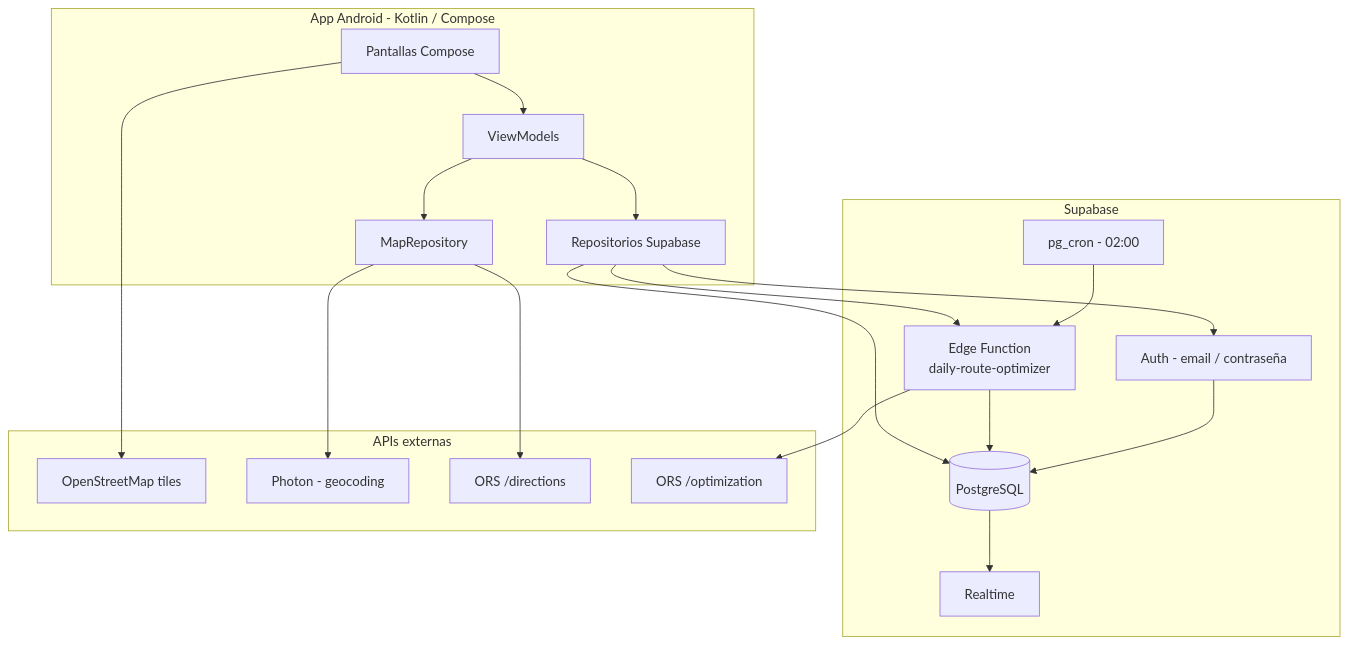
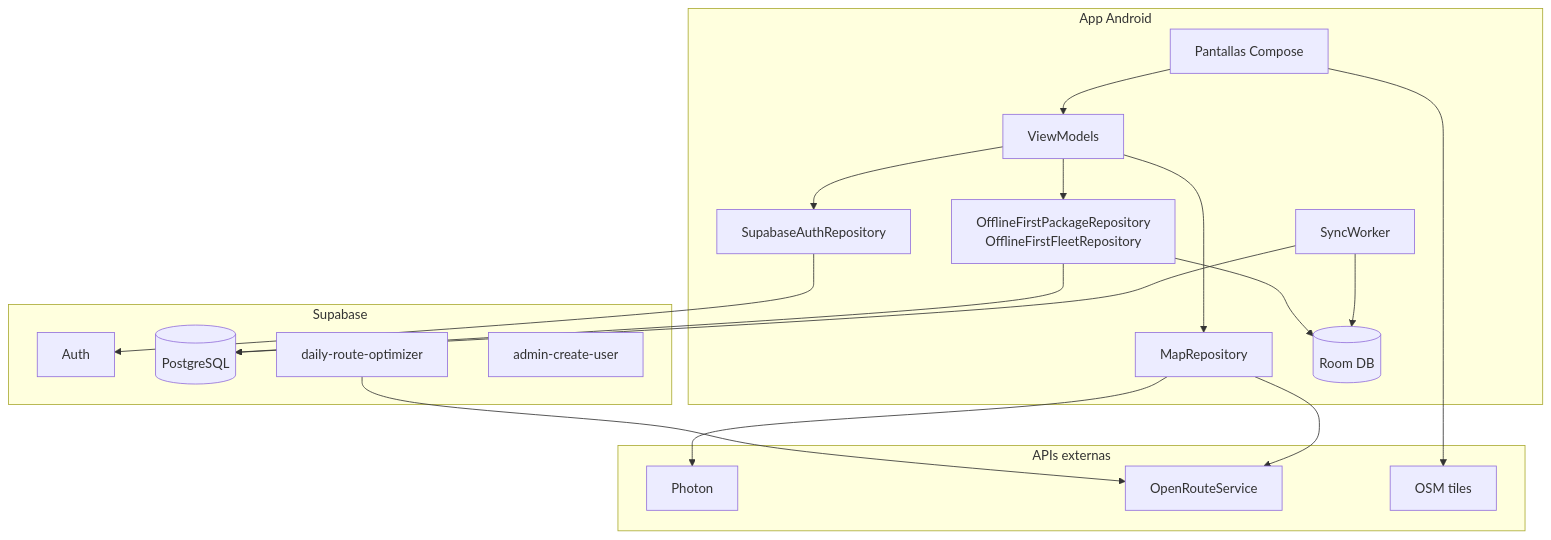
The diagram in README.md (Giancalabria/TrackIt-Front), drawn with Mermaid before and after one commit. The commit also changed other lines of this file and 41 other files, not shown here.

````diff
--- a/README.md
+++ b/README.md
@@ -31,39 +49,39 @@
 ```mermaid
 flowchart TB
-    subgraph android [App Android - Kotlin / Compose]
+    subgraph android [App Android]
         UI[Pantallas Compose]
         VM[ViewModels]
-        Repos[Repositorios Supabase]
-        MapRepo[MapRepository]
+        OR[OfflineFirstPackageRepository<br/>OfflineFirstFleetRepository]
+        AR[SupabaseAuthRepository]
+        MR[MapRepository]
+        Room[(Room DB)]
+        WM[SyncWorker]
         UI --> VM
-        VM --> Repos
-        VM --> MapRepo
+        VM --> OR
+        VM --> AR
+        VM --> MR
+        OR --> Room
+        WM --> Room
     end
 
     subgraph supabase [Supabase]
-        Auth[Auth - email / contraseña]
+        Auth[Auth]
         PG[(PostgreSQL)]
-        RT[Realtime]
-        EF[Edge Function<br/>daily-route-optimizer]
-        CRON[pg_cron - 02:00]
-        Auth --> PG
-        PG --> RT
-        CRON --> EF
-        EF --> PG
+        EF1[daily-route-optimizer]
+        EF2[admin-create-user]
     end
 
     subgraph external [APIs externas]
-        OSM[OpenStreetMap tiles]
-        Photon[Photon - geocoding]
-        ORS_DIR[ORS /directions]
-        ORS_OPT[ORS /optimization]
+        Photon[Photon]
+        ORS[OpenRouteService]
+        OSM[OSM tiles]
     end
 
-    Repos --> Auth
-    Repos --> PG
-    Repos --> EF
-    MapRepo --> Photon
-    MapRepo --> ORS_DIR
-    EF --> ORS_OPT
+    AR --> Auth
+    OR --> PG
+    WM --> PG
+    EF1 --> ORS
+    MR --> Photon
+    MR --> ORS
     UI --> OSM
 ```
````
